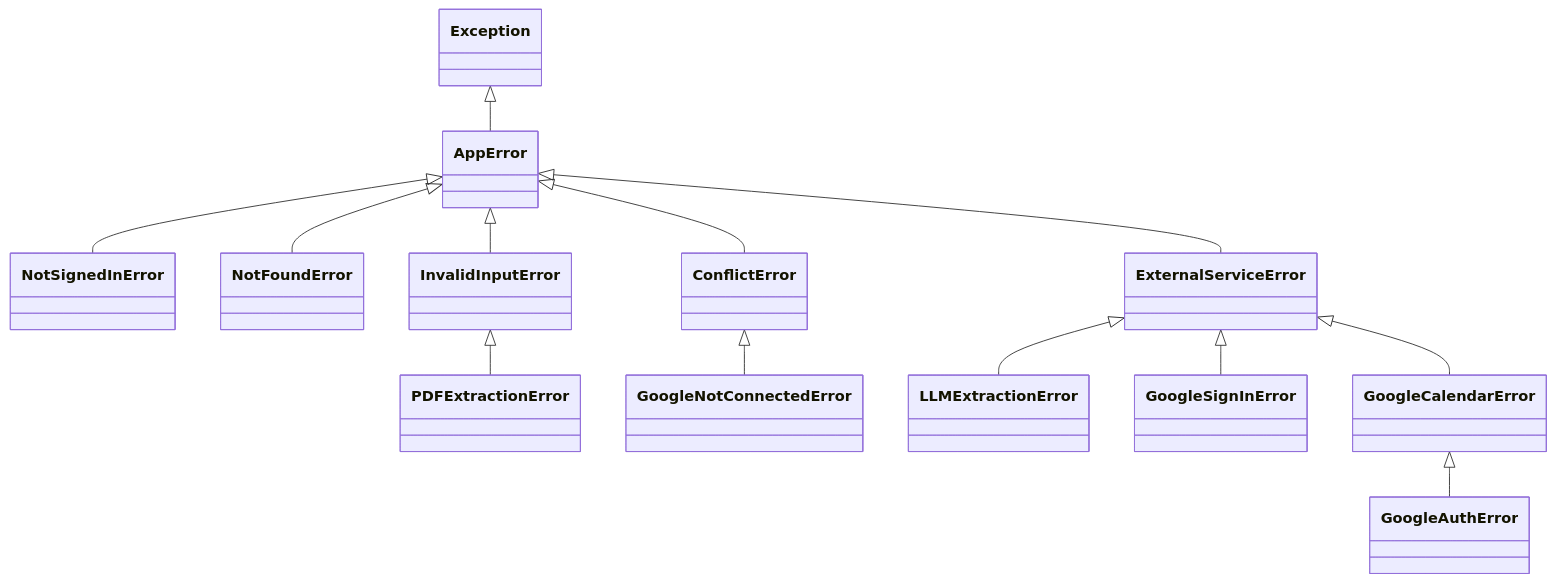
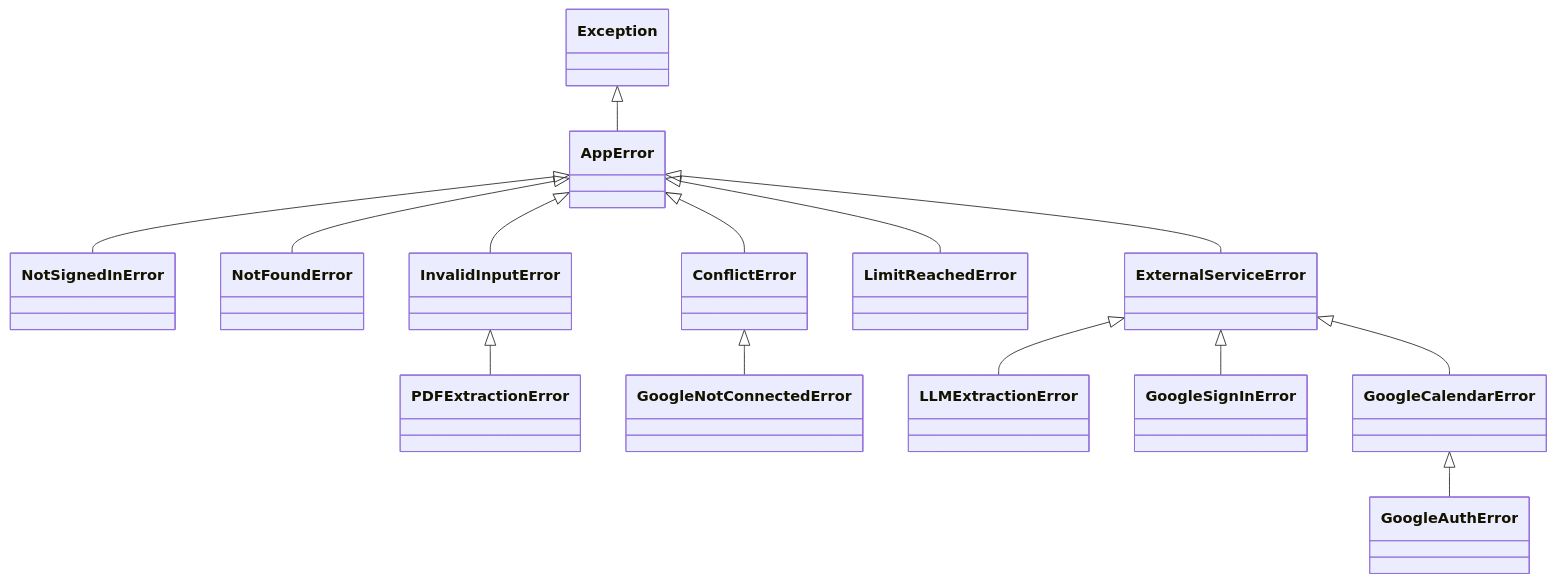
One commit to liam-shah/Syllabus2Cal changed the fifth of 7 diagrams in ARCHITECTURE.md. Above: the diagram before and after it, drawn with Mermaid. The commit also changed other lines of this file and 11 other files, not shown here.

````diff
--- a/ARCHITECTURE.md
+++ b/ARCHITECTURE.md
@@ -267,15 +267,16 @@
 ```mermaid
 classDiagram
     Exception <|-- AppError
     AppError <|-- NotSignedInError
     AppError <|-- NotFoundError
     AppError <|-- InvalidInputError
     AppError <|-- ConflictError
+    AppError <|-- LimitReachedError
     AppError <|-- ExternalServiceError
     InvalidInputError <|-- PDFExtractionError
     ConflictError <|-- GoogleNotConnectedError
     ExternalServiceError <|-- LLMExtractionError
     ExternalServiceError <|-- GoogleSignInError
     ExternalServiceError <|-- GoogleCalendarError
     GoogleCalendarError <|-- GoogleAuthError
 ```
````
